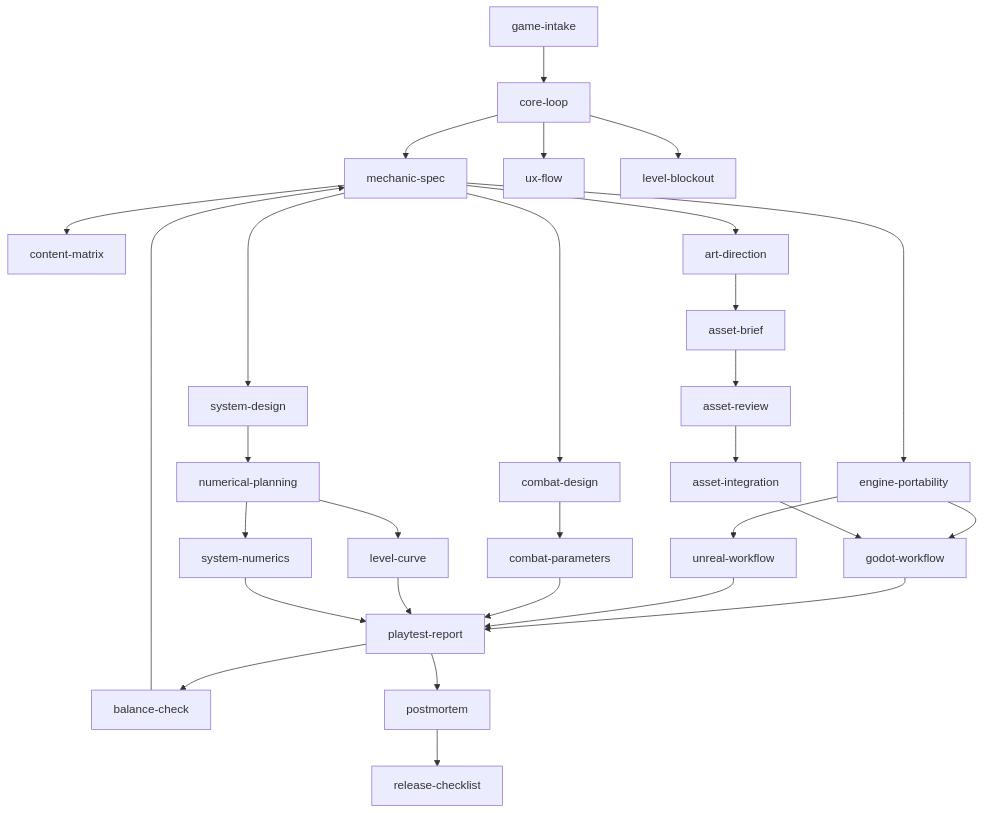
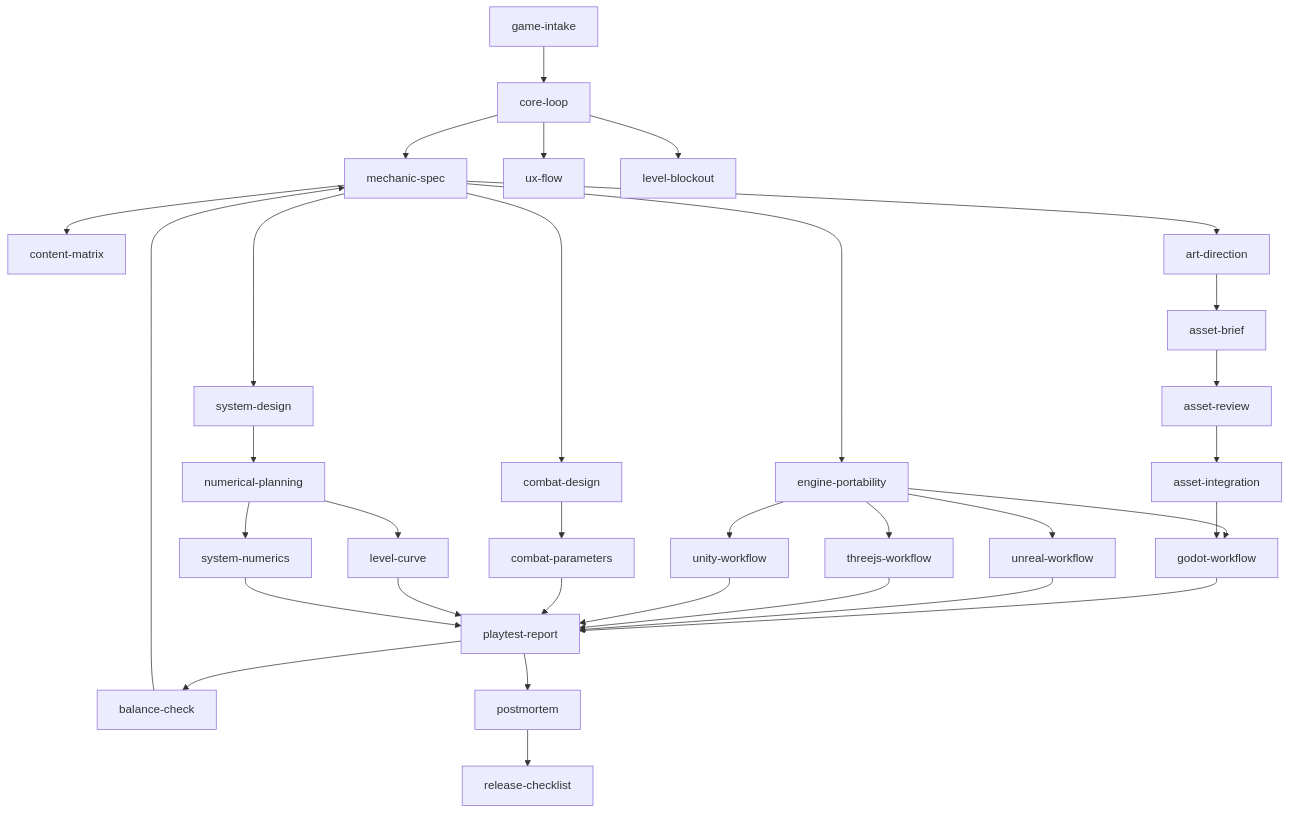
One commit to wikieden/MuseGameWorkshop changed the diagram in docs/muse-game-workshop-docs/skill-pack-spec.en.md. Above: the diagram before and after it, drawn with Mermaid. The commit also changed other lines of this file and 101 other files, not shown here.

````diff
--- a/docs/muse-game-workshop-docs/skill-pack-spec.en.md
+++ b/docs/muse-game-workshop-docs/skill-pack-spec.en.md
@@ -904,31 +942,35 @@
 ```mermaid
 flowchart TD
   A["game-intake"] --> B["core-loop"]
   B --> C["mechanic-spec"]
   C --> D["content-matrix"]
   C --> E["engine-portability"]
+  E --> X["threejs-workflow"]
+  E --> Y["unity-workflow"]
   E --> F["godot-workflow"]
   E --> G["unreal-workflow"]
   F --> H["playtest-report"]
   G --> H
+  X --> H
+  Y --> H
   H --> I["balance-check"]
   I --> C
   H --> J["postmortem"]
   J --> K["release-checklist"]
   C --> L["art-direction"]
   L --> M["asset-brief"]
   M --> N["asset-review"]
   N --> O["asset-integration"]
   O --> F
   B --> P["ux-flow"]
   B --> Q["level-blockout"]
   C --> R["system-design"]
   C --> S["combat-design"]
   R --> T["numerical-planning"]
   S --> U["combat-parameters"]
   T --> V["level-curve"]
   T --> W["system-numerics"]
   U --> H
   V --> H
   W --> H
 ```
````
